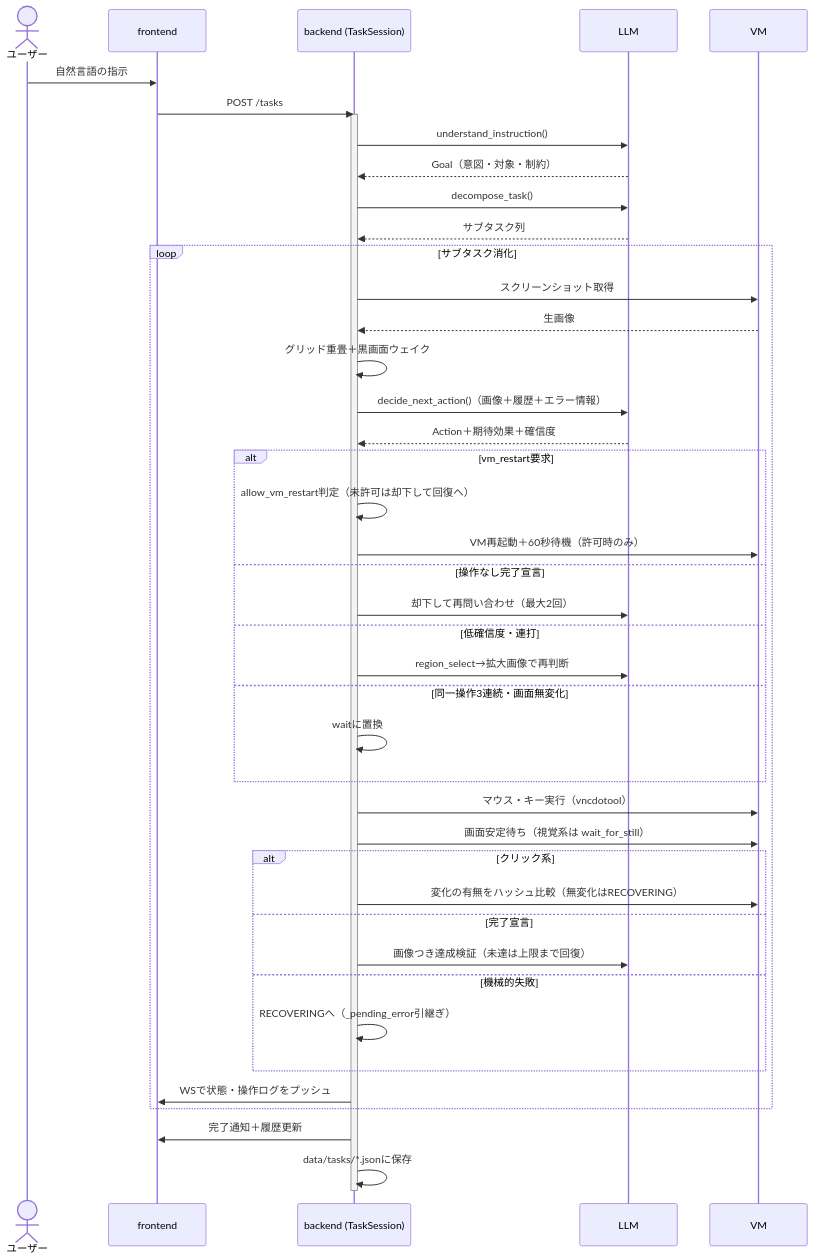
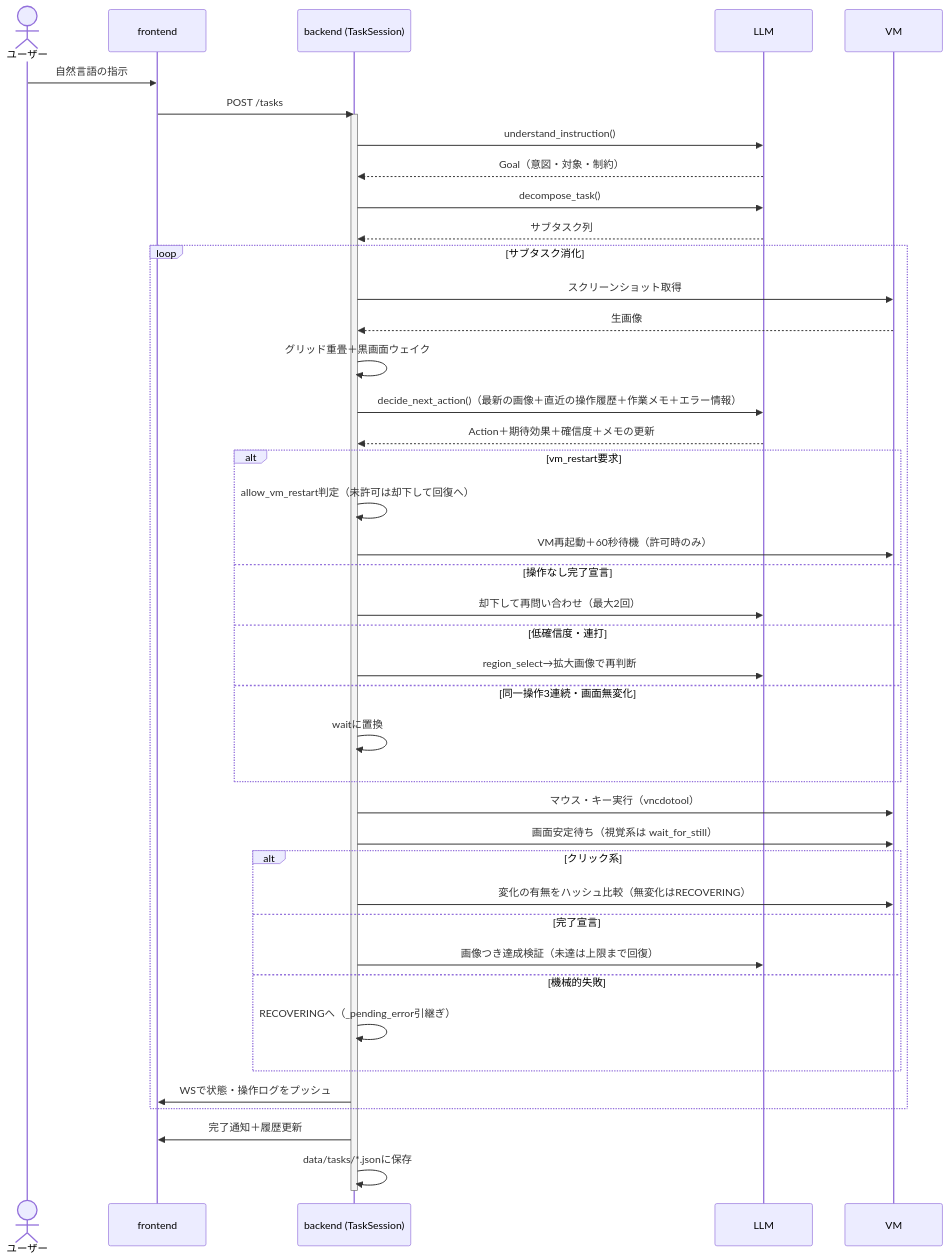
The third of 5 diagrams in docs/architecture.md (Milix-M/ai-desktop-agent), drawn with Mermaid before and after one commit. The commit also changed other lines of this file and 5 other files, not shown here.

````diff
--- a/docs/architecture.md
+++ b/docs/architecture.md
@@ -279,45 +279,45 @@
 ```mermaid
 sequenceDiagram
     actor U as ユーザー
     participant FE as frontend
     participant BE as backend (TaskSession)
     participant LLM as LLM
     participant VM as VM
     U->>FE: 自然言語の指示
     FE->>BE: POST /tasks
     activate BE
     BE->>LLM: understand_instruction()
     LLM-->>BE: Goal（意図・対象・制約）
     BE->>LLM: decompose_task()
     LLM-->>BE: サブタスク列
     loop サブタスク消化
         BE->>VM: スクリーンショット取得
         VM-->>BE: 生画像
         BE->>BE: グリッド重畳＋黒画面ウェイク
-        BE->>LLM: decide_next_action()（画像＋履歴＋エラー情報）
-        LLM-->>BE: Action＋期待効果＋確信度
+        BE->>LLM: decide_next_action()（最新の画像＋直近の操作履歴＋作業メモ＋エラー情報）
+        LLM-->>BE: Action＋期待効果＋確信度＋メモの更新
         alt vm_restart要求
             BE->>BE: allow_vm_restart判定（未許可は却下して回復へ）
             BE->>VM: VM再起動＋60秒待機（許可時のみ）
         else 操作なし完了宣言
             BE->>LLM: 却下して再問い合わせ（最大2回）
         else 低確信度・連打
             BE->>LLM: region_select→拡大画像で再判断
         else 同一操作3連続・画面無変化
             BE->>BE: waitに置換
         end
         BE->>VM: マウス・キー実行（vncdotool）
         BE->>VM: 画面安定待ち（視覚系は wait_for_still）
         alt クリック系
             BE->>VM: 変化の有無をハッシュ比較（無変化はRECOVERING）
         else 完了宣言
             BE->>LLM: 画像つき達成検証（未達は上限まで回復）
         else 機械的失敗
             BE->>BE: RECOVERINGへ（_pending_error引継ぎ）
         end
         BE->>FE: WSで状態・操作ログをプッシュ
     end
     BE->>FE: 完了通知＋履歴更新
     BE->>BE: data/tasks/*.jsonに保存
     deactivate BE
 ```
````
